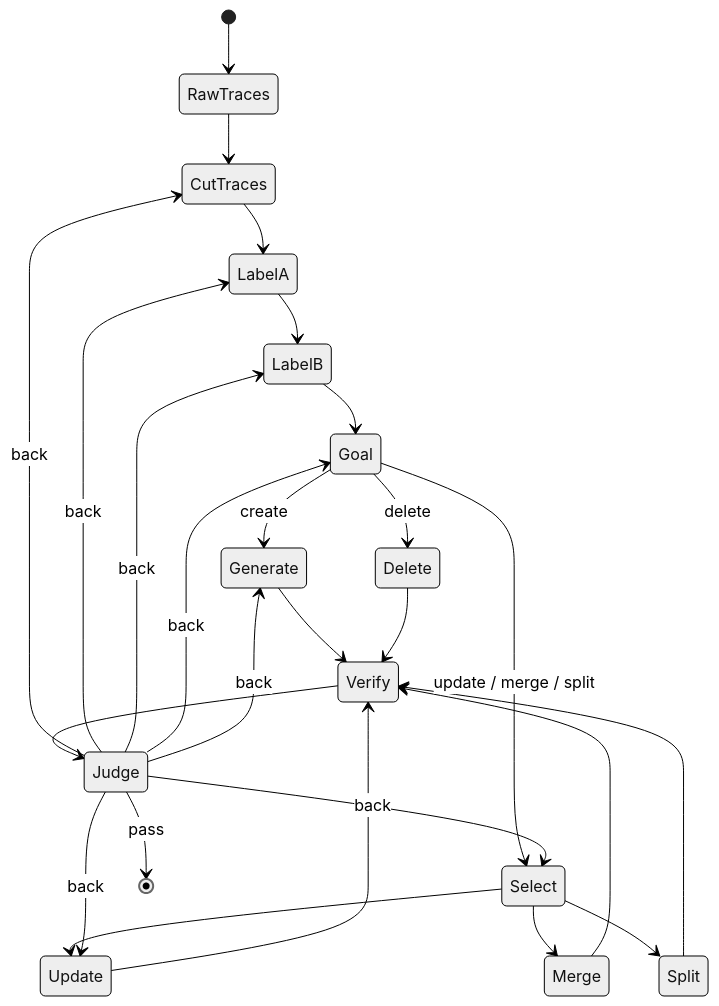
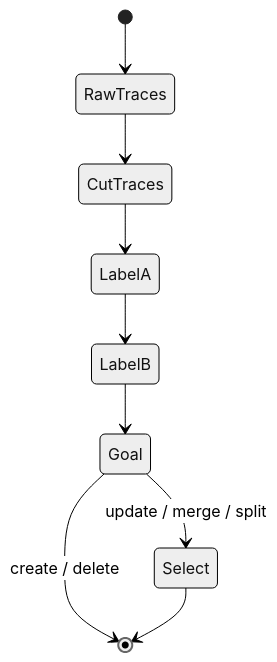
One commit to rudyalways/skill-evolving-analysis changed the first of 2 diagrams in skill_evolving_agent/readme.md. Above: the diagram before and after it, drawn with Mermaid (neutral theme). The commit also changed other lines of this file and 25 other files, not shown here.

First line of the commit message:
Split the evolver into label and optimize images so each session only sees its own skills.

````diff
--- a/skill_evolving_agent/readme.md
+++ b/skill_evolving_agent/readme.md
@@ -7,28 +7,11 @@
 ```mermaid
 stateDiagram-v2
   [*] --> RawTraces
   RawTraces --> CutTraces
   CutTraces --> LabelA
   LabelA --> LabelB
   LabelB --> Goal
-  Goal --> Generate: create
-  Goal --> Delete: delete
   Goal --> Select: update / merge / split
-  Select --> Update
-  Select --> Merge
-  Select --> Split
-  Update --> Verify
-  Merge --> Verify
-  Split --> Verify
-  Generate --> Verify
-  Delete --> Verify
-  Verify --> Judge
-  Judge --> [*]: pass
-  Judge --> CutTraces: back
-  Judge --> LabelA: back
-  Judge --> LabelB: back
-  Judge --> Goal: back
-  Judge --> Select: back
-  Judge --> Update: back
-  Judge --> Generate: back
+  Goal --> [*]: create / delete
+  Select --> [*]
 ```
````
